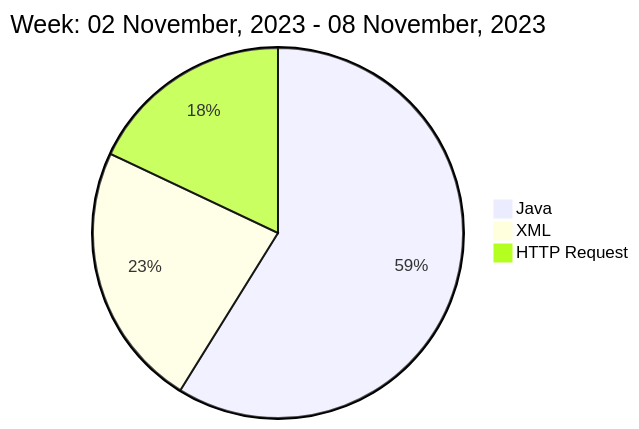
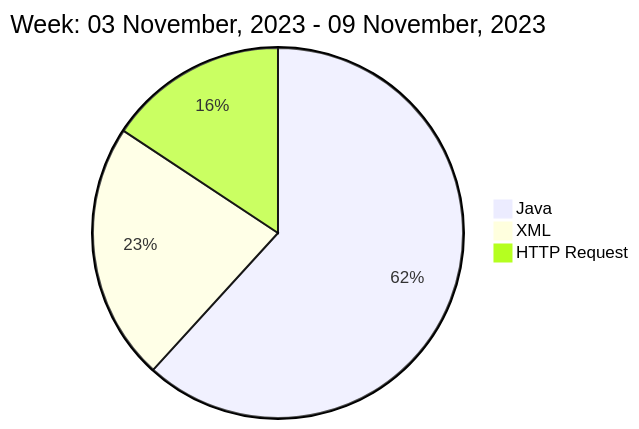
Before and after one commit to liubin95/liubin95: the diagram in README.md, drawn with Mermaid.

Commit message:
Updated the Graph with new Metrics

````diff
--- a/README.md
+++ b/README.md
@@ -40,7 +40,7 @@
 ```mermaid
  pie
-title Week: 02 November, 2023 - 08 November, 2023
- "Java" : 6.22
- "XML" : 2.45
+title Week: 03 November, 2023 - 09 November, 2023
+ "Java" : 7.48
+ "XML" : 2.73
  "HTTP Request" : 1.9
 ```
````
